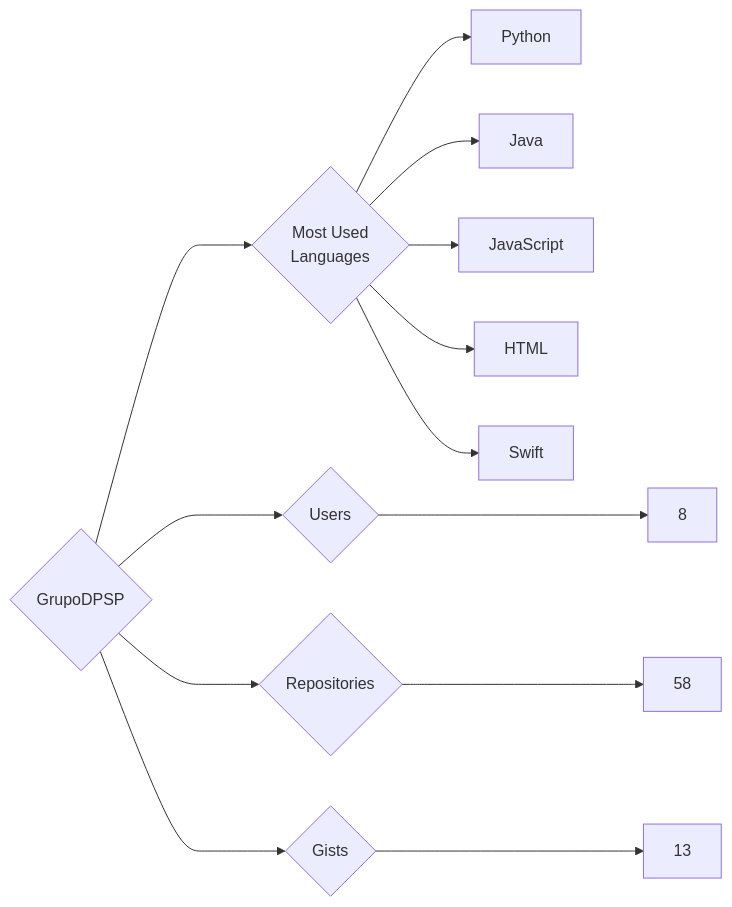
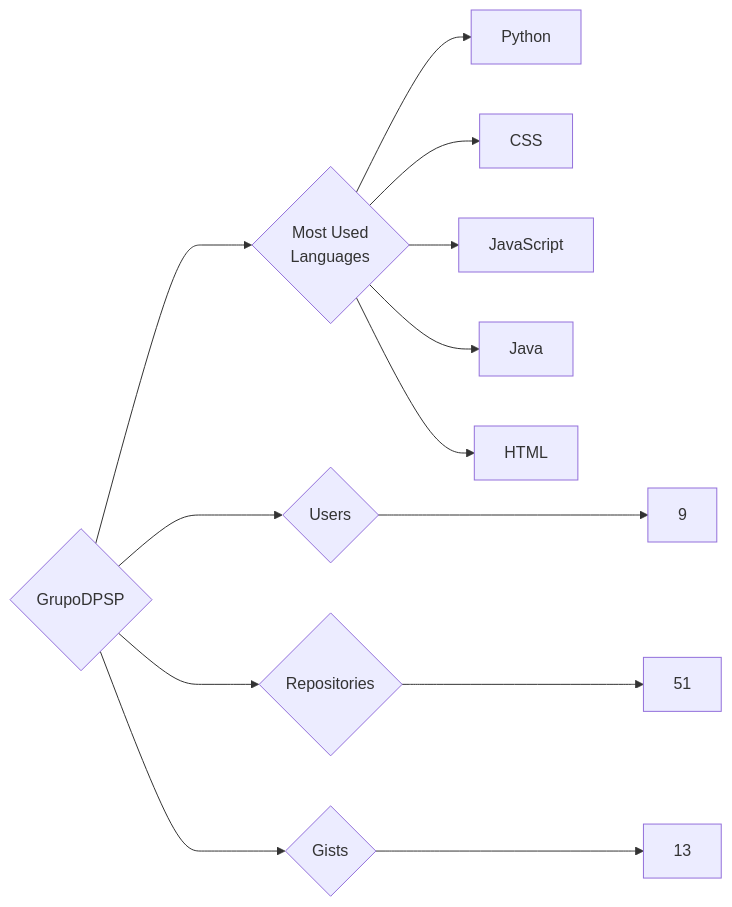
Before and after one commit to trickest/insiders: the diagram in targets/GrupoDPSP/README.md, drawn with Mermaid. The commit also changed 1092 other files, not shown here.

````diff
--- a/targets/GrupoDPSP/README.md
+++ b/targets/GrupoDPSP/README.md
@@ -3,13 +3,13 @@
 ```mermaid
 graph LR
 COMPANY_NAME{GrupoDPSP}
-COMPANY_NAME ---> U{Users} ---> UN[8]
-COMPANY_NAME ---> R{Repositories} ---> RN[58]
+COMPANY_NAME ---> U{Users} ---> UN[9]
+COMPANY_NAME ---> R{Repositories} ---> RN[51]
 COMPANY_NAME ---> G{Gists} ---> GN[13]
 COMPANY_NAME ---> ML{Most Used<br>Languages}
 ML --> Python[Python]
+ML --> CSS[CSS]
+ML --> JavaScript[JavaScript]
 ML --> Java[Java]
-ML --> JavaScript[JavaScript]
 ML --> HTML[HTML]
-ML --> Swift[Swift]
 ```
````
